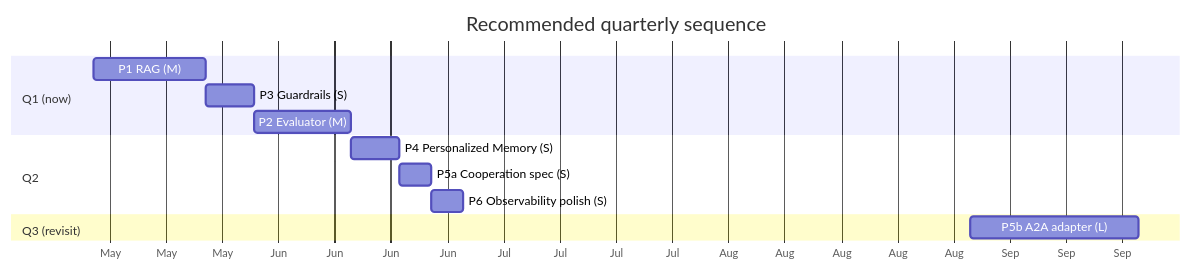
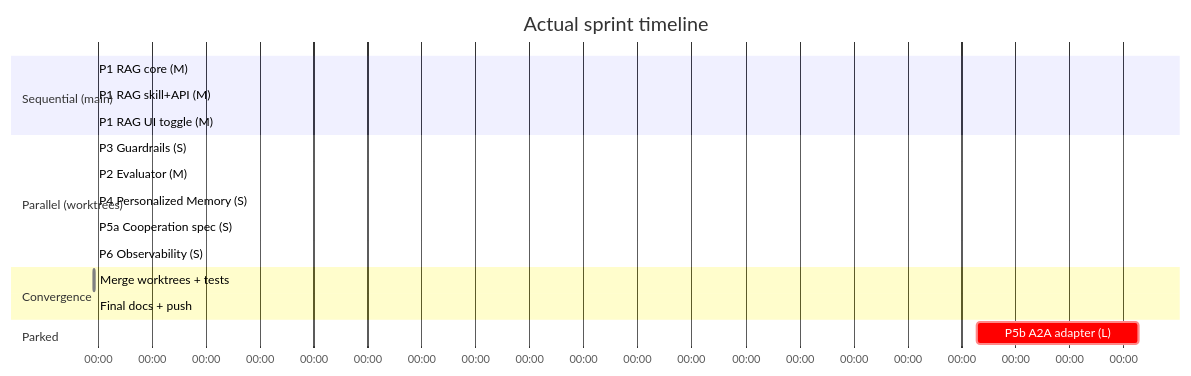
The fourth of 4 diagrams in docs/unified-roadmap.md (pjcau/agent-orchestrator), drawn with Mermaid before and after one commit. The commit also changed other lines of this file, not shown here.

First line of the commit message:
docs(roadmap): update unified roadmap with sprint growth graph

````diff
--- a/docs/unified-roadmap.md
+++ b/docs/unified-roadmap.md
@@ -306,16 +365,21 @@
 ```mermaid
 gantt
-    title Recommended quarterly sequence
-    dateFormat  YYYY-MM-DD
-    axisFormat  %b
-    section Q1 (now)
-    P1 RAG (M)              :p1, 2026-05-15, 14d
-    P3 Guardrails (S)       :p3, after p1, 6d
-    P2 Evaluator (M)        :p2, after p3, 12d
-    section Q2
-    P4 Personalized Memory (S)  :p4, after p2, 6d
-    P5a Cooperation spec (S)    :p5a, after p4, 4d
-    P6 Observability polish (S) :p6, after p5a, 4d
-    section Q3 (revisit)
-    P5b A2A adapter (L)         :p5b, 2026-09-01, 21d
+    title Actual sprint timeline
+    dateFormat  HH:mm
+    axisFormat  %H:%M
+    section Sequential (main)
+    P1 RAG core (M)             :done, p1c, 11:00, 30m
+    P1 RAG skill+API (M)        :done, p1s, after p1c, 25m
+    P1 RAG UI toggle (M)        :done, p1u, after p1s, 25m
+    section Parallel (worktrees)
+    P3 Guardrails (S)           :done, p3, 11:50, 30m
+    P2 Evaluator (M)            :done, p2, 11:50, 35m
+    P4 Personalized Memory (S)  :done, p4, 11:50, 40m
+    P5a Cooperation spec (S)    :done, p5a, 11:50, 20m
+    P6 Observability (S)        :done, p6, 11:50, 25m
+    section Convergence
+    Merge worktrees + tests     :done, conv, 12:35, 15m
+    Final docs + push           :done, fin, after conv, 5m
+    section Parked
+    P5b A2A adapter (L)         :crit, 2026-09-01, 21d
 ```
````
